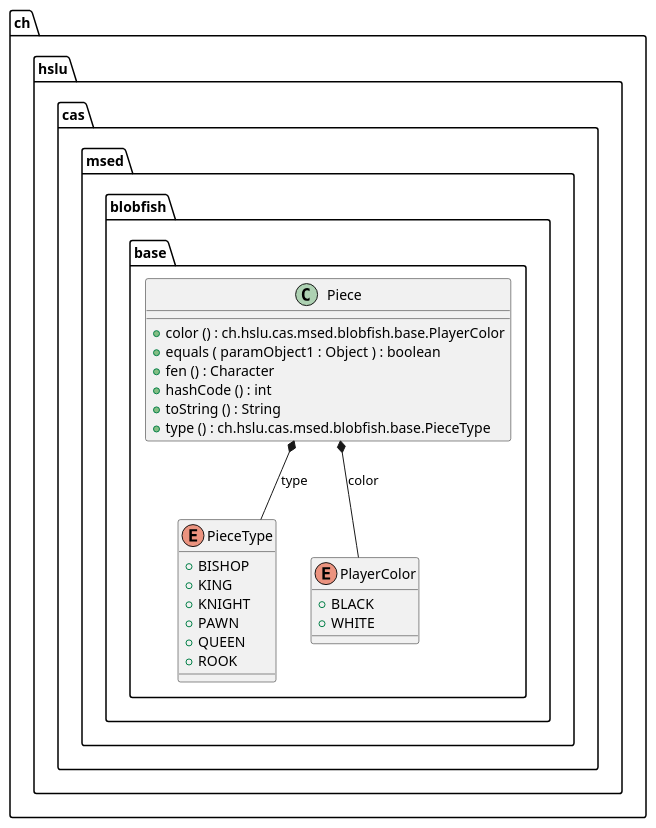
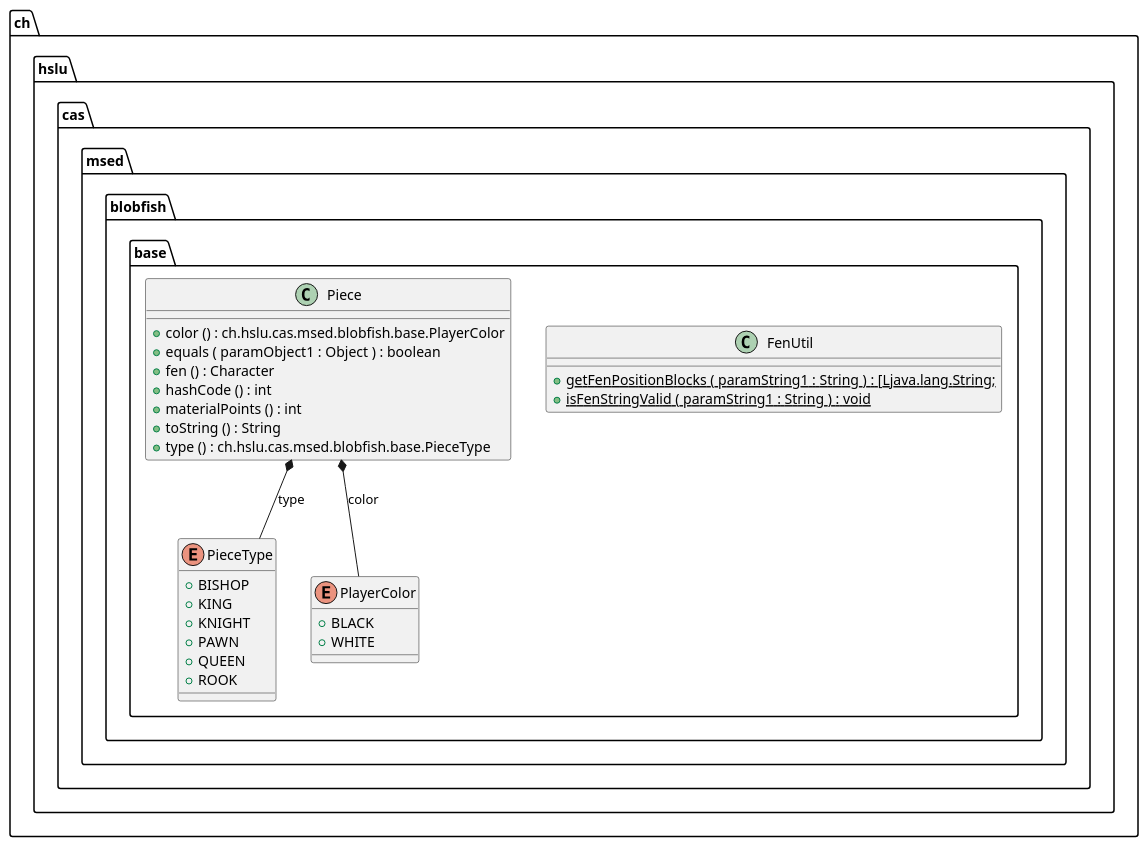
Before and after one commit to l2c0r3/blobfish: the diagram in docs/generated-diagrams/base.puml, drawn with PlantUML. The commit also changed 5 other files, not shown here.

Commit message:
update generated UML diagrams

```diff
--- a/docs/generated-diagrams/base.puml
+++ b/docs/generated-diagrams/base.puml
@@ -1,35 +1,42 @@
 @startuml
+
+class ch.hslu.cas.msed.blobfish.base.FenUtil {
+	{method}  {static} +getFenPositionBlocks ( paramString1 : String ) : [Ljava.lang.String;
+	{method}  {static} +isFenStringValid ( paramString1 : String ) : void
+}
+
 
 class ch.hslu.cas.msed.blobfish.base.Piece {
 	{method} +color () : ch.hslu.cas.msed.blobfish.base.PlayerColor
 	{method} +equals ( paramObject1 : Object ) : boolean
 	{method} +fen () : Character
 	{method} +hashCode () : int
+	{method} +materialPoints () : int
 	{method} +toString () : String
 	{method} +type () : ch.hslu.cas.msed.blobfish.base.PieceType
 }
 
 
 enum ch.hslu.cas.msed.blobfish.base.PieceType {
 	{field} +BISHOP
 	{field} +KING
 	{field} +KNIGHT
 	{field} +PAWN
 	{field} +QUEEN
 	{field} +ROOK
 }
 
 
 enum ch.hslu.cas.msed.blobfish.base.PlayerColor {
 	{field} +BLACK
 	{field} +WHITE
 }
 
 
 
 
 ch.hslu.cas.msed.blobfish.base.Piece *--  ch.hslu.cas.msed.blobfish.base.PieceType : type
 ch.hslu.cas.msed.blobfish.base.Piece *--  ch.hslu.cas.msed.blobfish.base.PlayerColor : color
 
 
 @enduml
```
